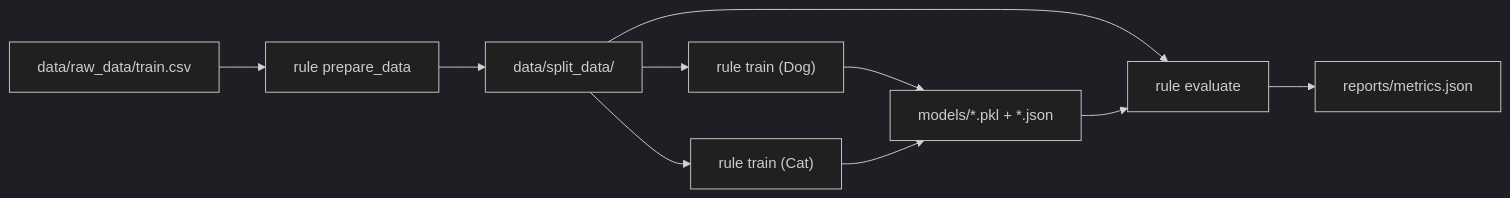
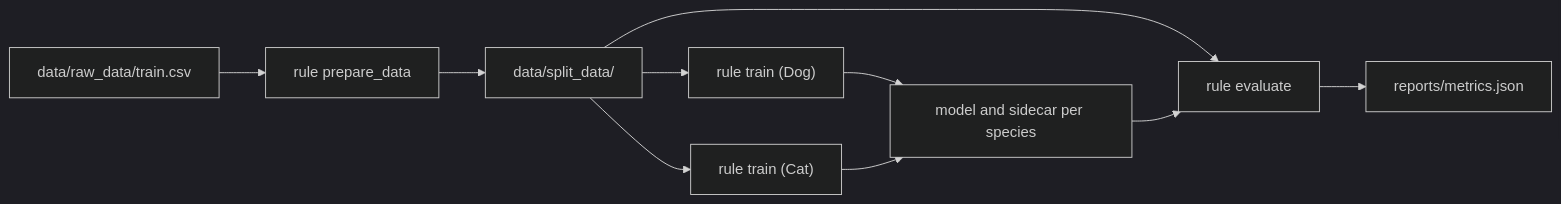
Before and after one commit to chiarapollastro01/shelter_animal_outcomes: the diagram in README.md, drawn with Mermaid (dark theme). The commit also changed other lines of this file, not shown here.

````diff
--- a/README.md
+++ b/README.md
@@ -133,12 +133,12 @@
 ```mermaid
 flowchart LR
     raw["data/raw_data/train.csv"] --> prep["rule prepare_data"]
     prep --> split["data/split_data/"]
     split --> train_dog["rule train (Dog)"]
     split --> train_cat["rule train (Cat)"]
-    train_dog --> models["models/*.pkl + *.json"]
+    train_dog --> models["model and sidecar per species"]
     train_cat --> models
     split --> eval["rule evaluate"]
     models --> eval
     eval --> metrics["reports/metrics.json"]
 ```
````
